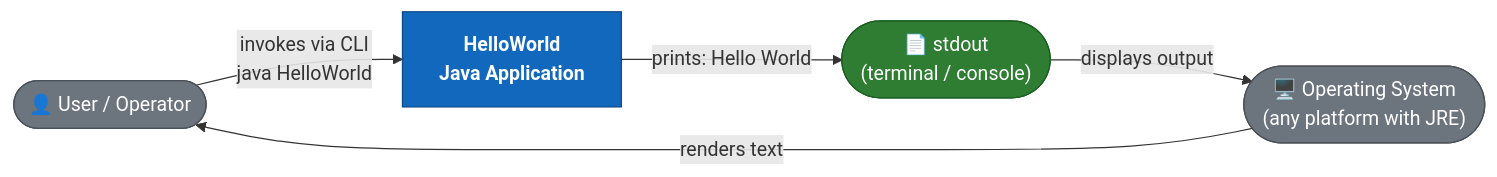
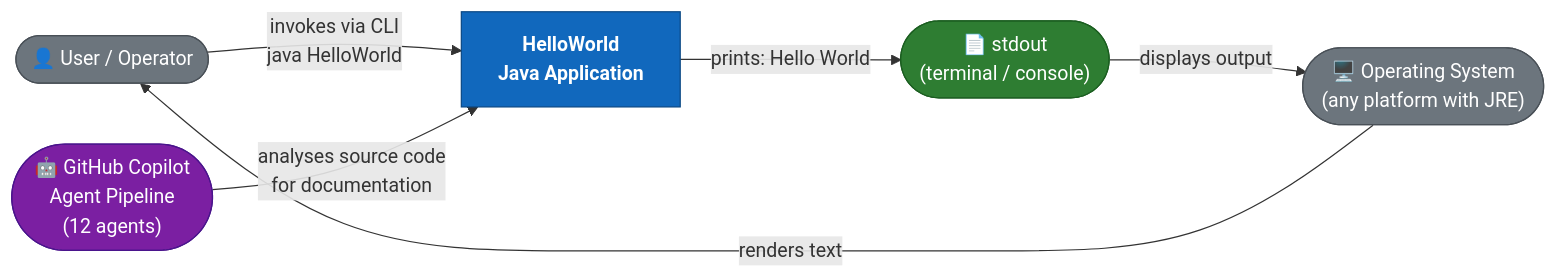
One commit to ktruchcz/copilot-test-ktruchcz changed the first of 25 diagrams in arc42-documentation.md. Above: the diagram before and after it, drawn with Mermaid. The commit also changed other lines of this file, not shown here.

First line of the commit message:
Generate comprehensive Arc42 architecture documentation v2.0.0

````diff
--- a/arc42-documentation.md
+++ b/arc42-documentation.md
@@ -97,16 +193,19 @@
 ```mermaid
 graph LR
     classDef system fill:#1168BD,stroke:#0B4884,color:#fff,font-weight:bold
     classDef external fill:#6C757D,stroke:#495057,color:#fff
     classDef io fill:#2E7D32,stroke:#1B5E20,color:#fff
+    classDef agent fill:#7B1FA2,stroke:#4A148C,color:#fff
 
     User(["👤 User / Operator"]):::external
     OS(["🖥️ Operating System\n(any platform with JRE)"]):::external
     App["HelloWorld\nJava Application"]:::system
     Stdout(["📄 stdout\n(terminal / console)"]):::io
+    Copilot(["🤖 GitHub Copilot\nAgent Pipeline\n(12 agents)"]):::agent
 
     User -->|"invokes via CLI\njava HelloWorld"| App
     App -->|"prints: Hello World"| Stdout
     Stdout -->|"displays output"| OS
     OS -->|"renders text"| User
+    Copilot -->|"analyses source code\nfor documentation"| App
 ```
````
